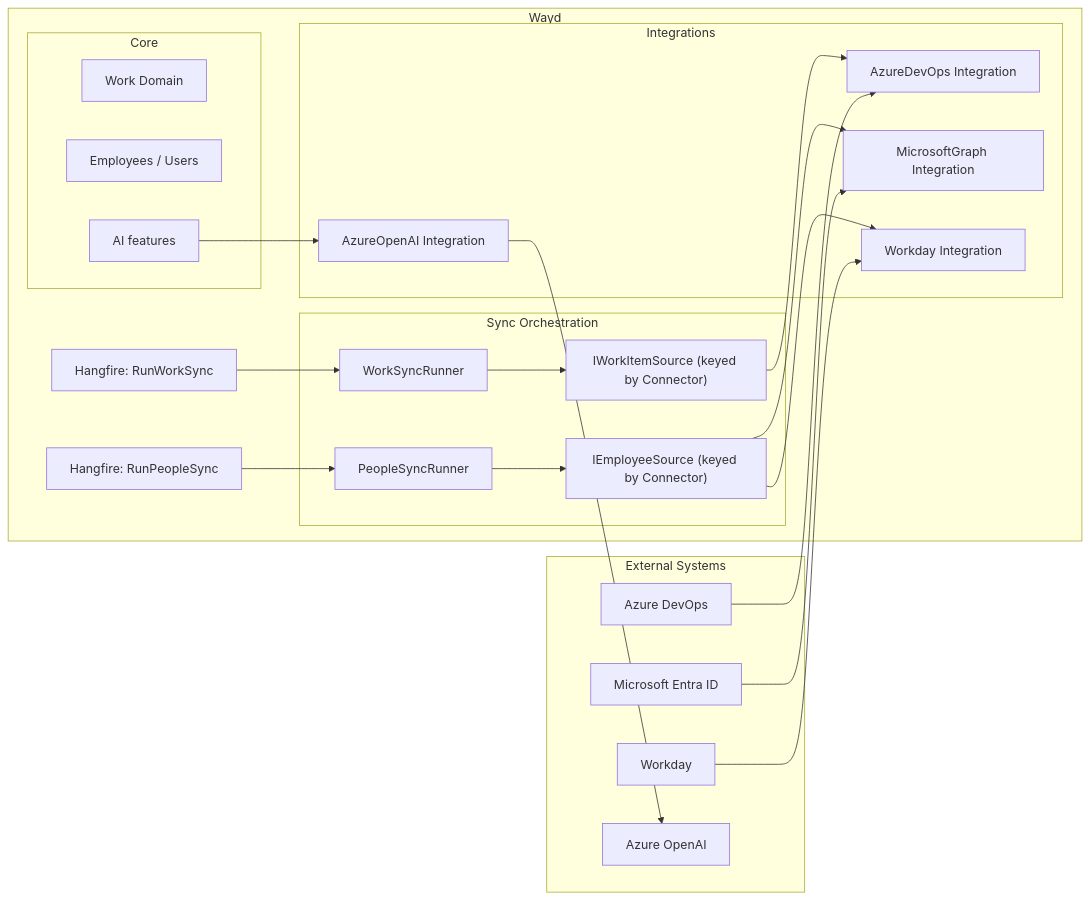
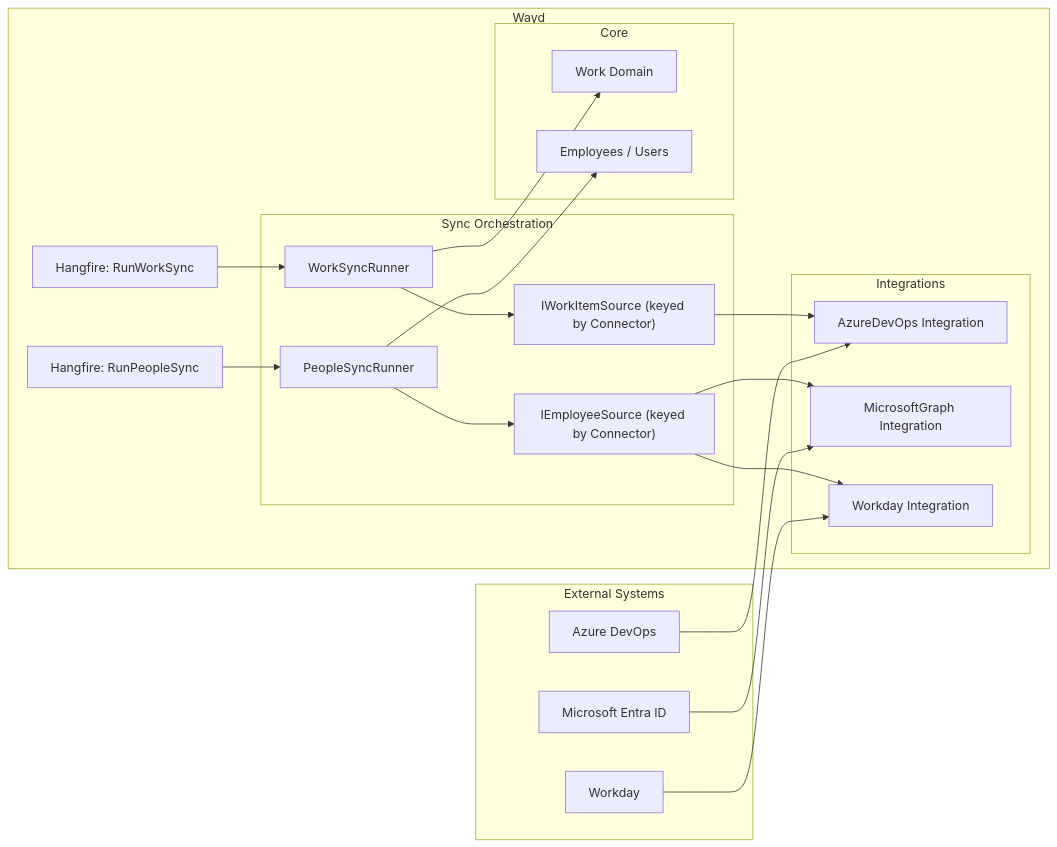
One commit to destacey/Wayd changed the diagram in docs/reference/integrations/index.mdx. Above: the diagram before and after it, drawn with Mermaid. The commit also changed other lines of this file and 78 other files, not shown here.

````diff
--- a/docs/reference/integrations/index.mdx
+++ b/docs/reference/integrations/index.mdx
@@ -77,43 +80,40 @@
 ```mermaid
 graph LR
     subgraph "External Systems"
         ADO["Azure DevOps"]
         Entra["Microsoft Entra ID"]
         Workday["Workday"]
-        AOAI["Azure OpenAI"]
     end
     subgraph "Wayd"
         subgraph "Sync Orchestration"
             WorkRunner["WorkSyncRunner"]
             PeopleRunner["PeopleSyncRunner"]
             WorkSources["IWorkItemSource (keyed by Connector)"]
             PeopleSources["IEmployeeSource (keyed by Connector)"]
         end
         subgraph "Integrations"
             ADOInt["AzureDevOps Integration"]
             GraphInt["MicrosoftGraph Integration"]
             WorkdayInt["Workday Integration"]
-            AOAIInt["AzureOpenAI Integration"]
         end
         subgraph "Core"
             Work["Work Domain"]
             People["Employees / Users"]
-            AI["AI features"]
         end
         HFWork["Hangfire: RunWorkSync"]
         HFPeople["Hangfire: RunPeopleSync"]
     end
 
     HFWork --> WorkRunner
     HFPeople --> PeopleRunner
     WorkRunner --> WorkSources
     PeopleRunner --> PeopleSources
     WorkSources --> ADOInt
     PeopleSources --> GraphInt
     PeopleSources --> WorkdayInt
     ADO --> ADOInt
     Entra --> GraphInt
     Workday --> WorkdayInt
-    AOAIInt --> AOAI
-    AI --> AOAIInt
+    WorkRunner --> Work
+    PeopleRunner --> People
 ```
````
